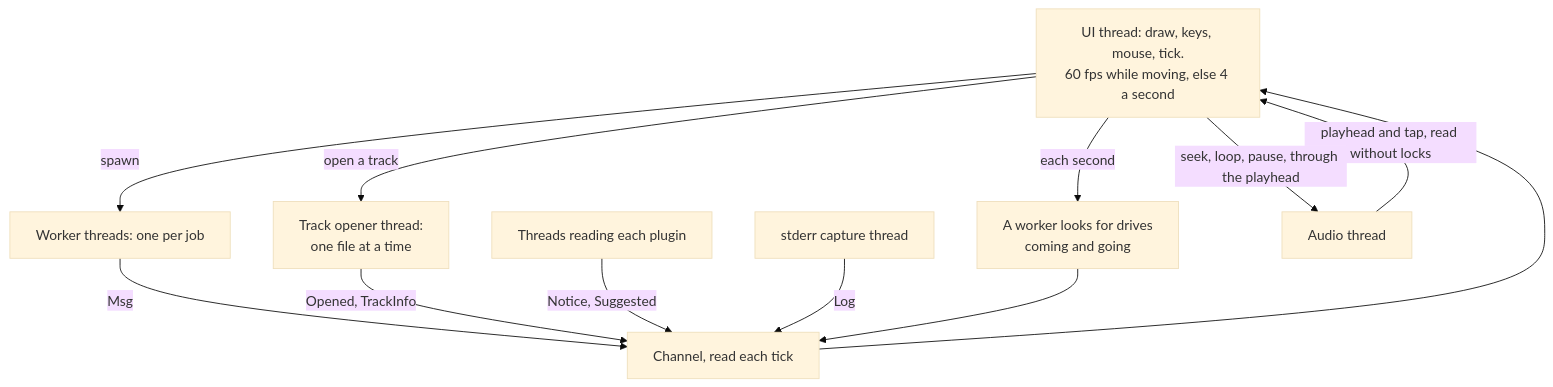
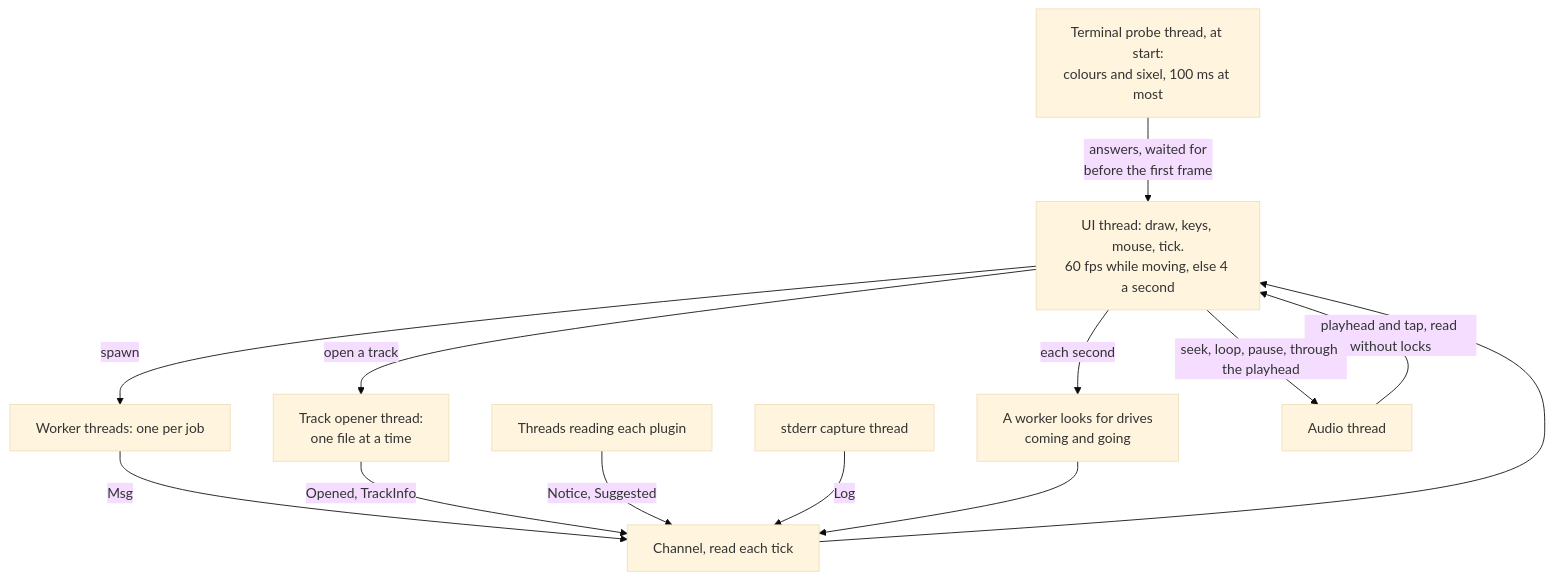
The seventh of 17 diagrams in apps/locallibrary/docs/diagrams/player.md (cutenode/localnetwork), drawn with Mermaid (base theme) before and after one commit. The commit also changed other lines of this file and 6 other files, not shown here.

First line of the commit message:
docs(locallibrary): bring the diagrams up to date with the code

````diff
--- a/apps/locallibrary/docs/diagrams/player.md
+++ b/apps/locallibrary/docs/diagrams/player.md
@@ -69,15 +152,16 @@
 ```mermaid
 flowchart TD
     loop["UI thread: draw, keys, mouse, tick.<br/>60 fps while moving, else 4 a second"]
     workers["Worker threads: one per job"] -->|"Msg"| channel["Channel, read each tick"]
     opener["Track opener thread:<br/>one file at a time"] -->|"Opened, TrackInfo"| channel
     plugins["Threads reading each plugin"] -->|"Notice, Suggested"| channel
     stderr["stderr capture thread"] -->|"Log"| channel
     channel --> loop
     loop -->|"spawn"| workers
     loop -->|"open a track"| opener
     loop -->|"each second"| poll["A worker looks for drives<br/>coming and going"]
     poll --> channel
     audio["Audio thread"] -->|"playhead and tap, read without locks"| loop
     loop -->|"seek, loop, pause, through the playhead"| audio
+    probe["Terminal probe thread, at start:<br/>colours and sixel, 100 ms at most"] -->|"answers, waited for<br/>before the first frame"| loop
 ```
````
